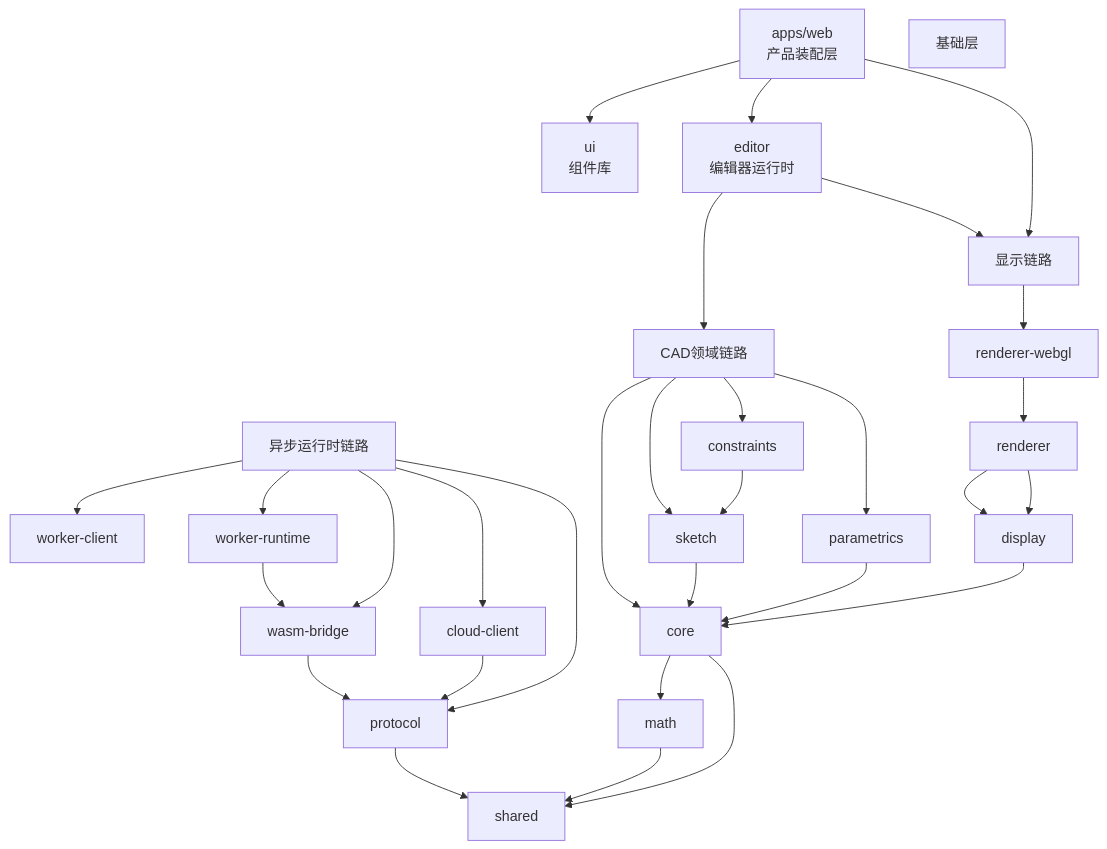
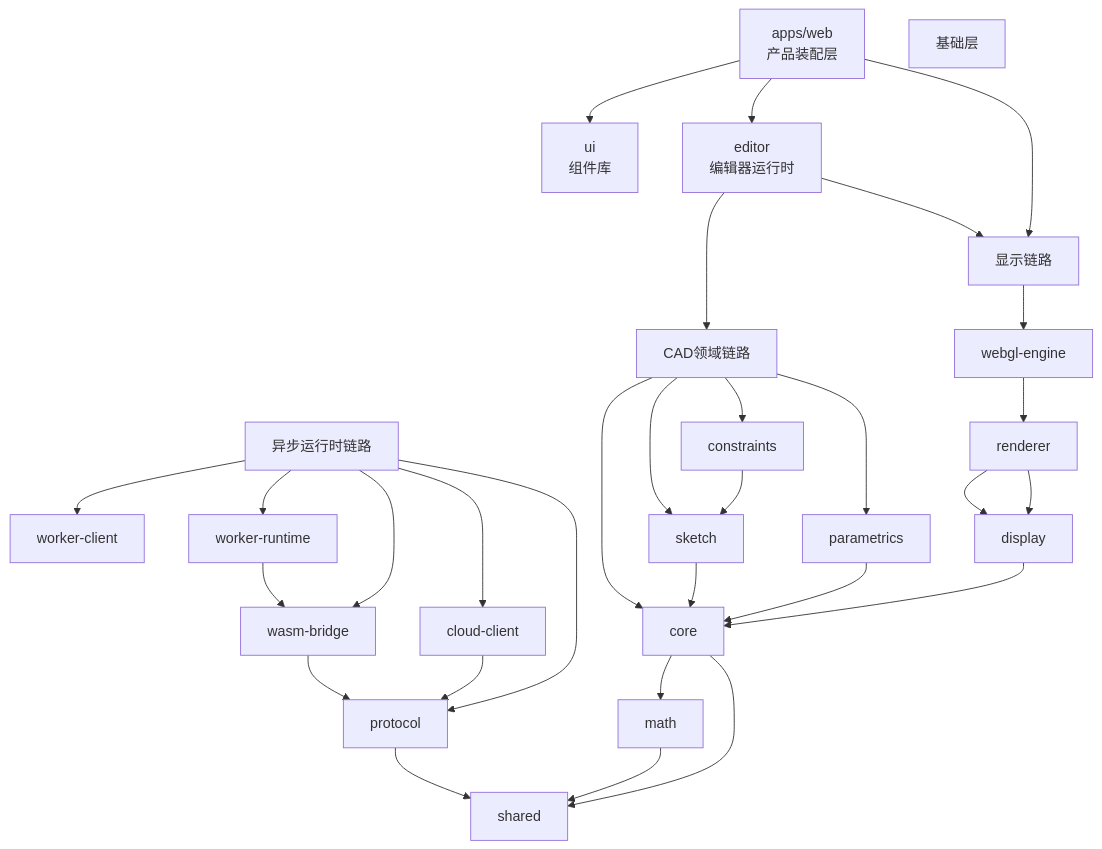
The second of 3 diagrams in docs/架构设计.md (genewanggang-sudo/occt-draw-web), drawn with Mermaid before and after one commit. The commit also changed other lines of this file and 60 other files, not shown here.

````diff
--- a/docs/架构设计.md
+++ b/docs/架构设计.md
@@ -48,49 +48,49 @@
 ```mermaid
 flowchart TB
   App["apps/web<br/>产品装配层"]
 
   Editor["editor<br/>编辑器运行时"]
   UI["ui<br/>组件库"]
 
   View["显示链路"]
   Domain["CAD领域链路"]
   Runtime["异步运行时链路"]
   Base["基础层"]
 
   App --> UI
   App --> Editor
   App --> View
 
   Editor --> Domain
   Editor --> View
 
-  View --> RendererWebgl["renderer-webgl"]
+  View --> RendererWebgl["webgl-engine"]
   RendererWebgl --> Renderer["renderer"]
   Renderer --> Display["display"]
 
   Domain --> Core["core"]
   Domain --> Sketch["sketch"]
   Domain --> Constraints["constraints"]
   Domain --> Parametrics["parametrics"]
 
   Runtime --> WorkerClient["worker-client"]
   Runtime --> WorkerRuntime["worker-runtime"]
   Runtime --> Wasm["wasm-bridge"]
   Runtime --> Cloud["cloud-client"]
   Runtime --> Protocol["protocol"]
 
   Core --> Math["math"]
   Sketch --> Core
   Constraints --> Sketch
   Parametrics --> Core
 
   Display --> Core
   Renderer --> Display
   WorkerRuntime --> Wasm
   Wasm --> Protocol
   Cloud --> Protocol
 
   Math --> Shared["shared"]
   Protocol --> Shared
   Core --> Shared
 ```
````
